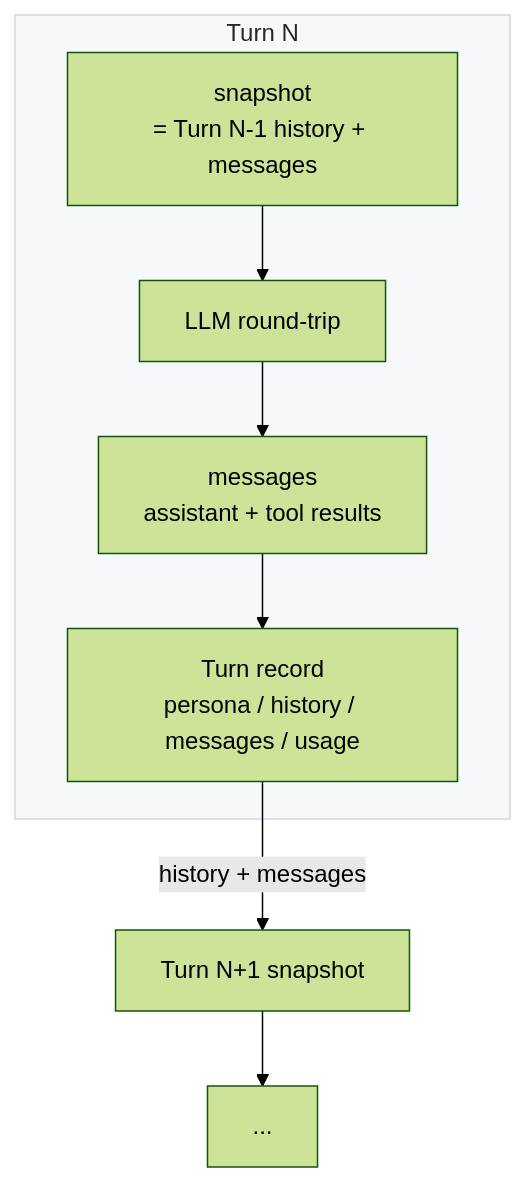
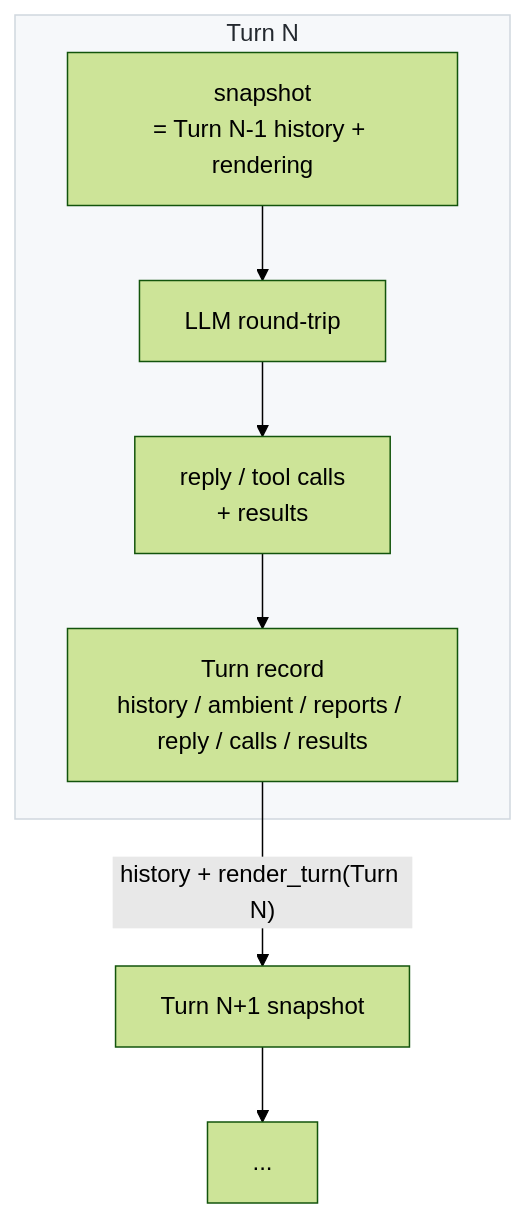
Before and after one commit to DarkSpaceY/NAN-itself: the second of 4 diagrams in README.md, drawn with Mermaid (forest theme). The commit also changed other lines of this file and 31 other files, not shown here.

````diff
--- a/README.md
+++ b/README.md
@@ -70,12 +72,12 @@
 ```mermaid
 flowchart TB
     subgraph turn["Turn N"]
-        A["snapshot<br/>= Turn N-1 history + messages"] --> B[LLM round-trip]
-        B --> C["messages<br/>assistant + tool results"]
-        C --> D["Turn record<br/>persona / history / messages / usage"]
+        A["snapshot<br/>= Turn N-1 history + rendering"] --> B[LLM round-trip]
+        B --> C["reply / tool calls<br/>+ results"]
+        C --> D["Turn record<br/>history / ambient / reports / reply / calls / results"]
     end
-    D -->|"history + messages"| E["Turn N+1 snapshot"]
+    D -->|"history + render_turn(Turn N)"| E["Turn N+1 snapshot"]
     E --> A2["..."]
 
     style turn fill:#f6f8fa,stroke:#d0d7de,color:#24292f
 ```
````
